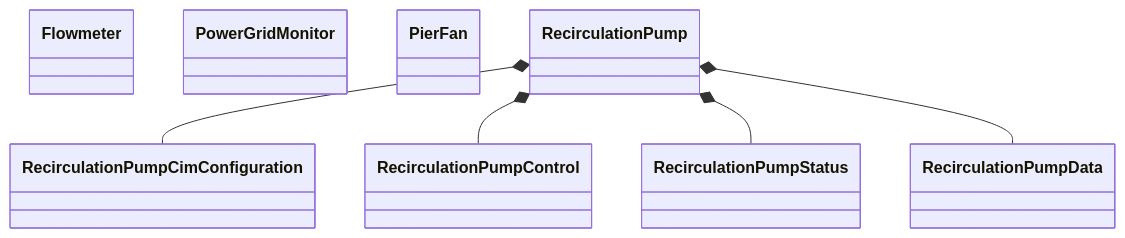
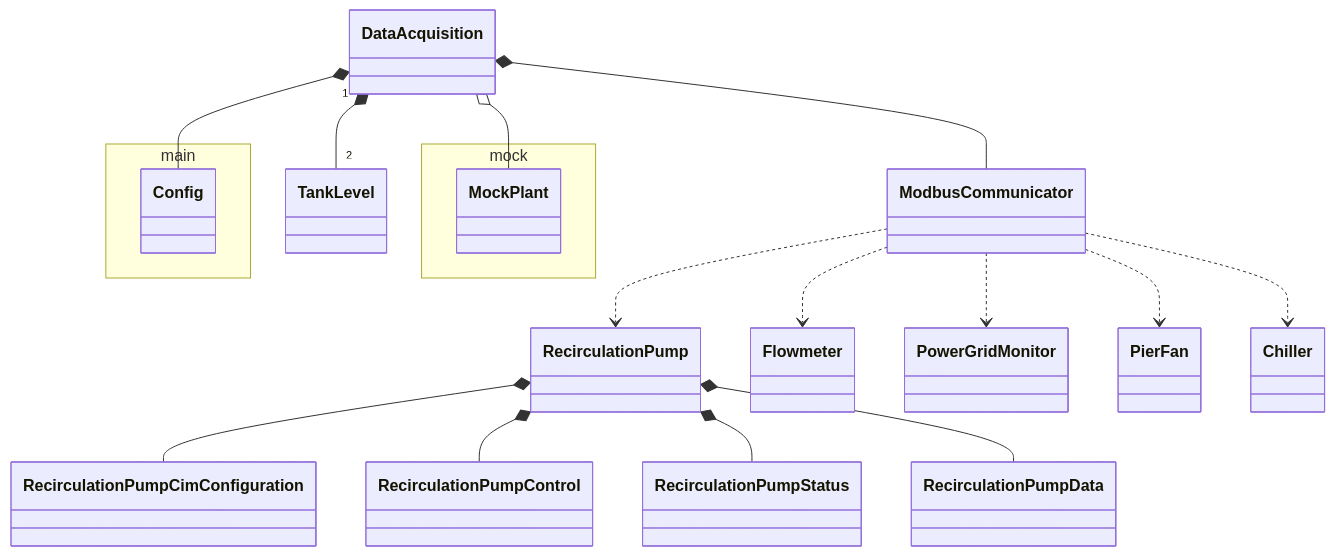
The second of 3 diagrams in doc/class_diagram.md (lsst-ts/ts_dynalene), drawn with Mermaid before and after one commit. The commit also changed other lines of this file, not shown here.

Commit message:
Update the class diagram.

````diff
--- a/doc/class_diagram.md
+++ b/doc/class_diagram.md
@@ -20,12 +20,26 @@
 ```mermaid
 classDiagram
 
-class Flowmeter
-class PowerGridMonitor
-class PierFan
+namespace main {
+  class Config
+}
+namespace mock {
+  class MockPlant
+}
 
 RecirculationPump *-- RecirculationPumpCimConfiguration
 RecirculationPump *-- RecirculationPumpControl
 RecirculationPump *-- RecirculationPumpStatus
 RecirculationPump *-- RecirculationPumpData
+
+ModbusCommunicator ..> Flowmeter
+ModbusCommunicator ..> PowerGridMonitor
+ModbusCommunicator ..> PierFan
+ModbusCommunicator ..> RecirculationPump
+ModbusCommunicator ..> Chiller
+
+DataAcquisition *-- Config
+DataAcquisition "1" *-- "2" TankLevel
+DataAcquisition *-- ModbusCommunicator
+DataAcquisition o-- MockPlant
 ```
````
